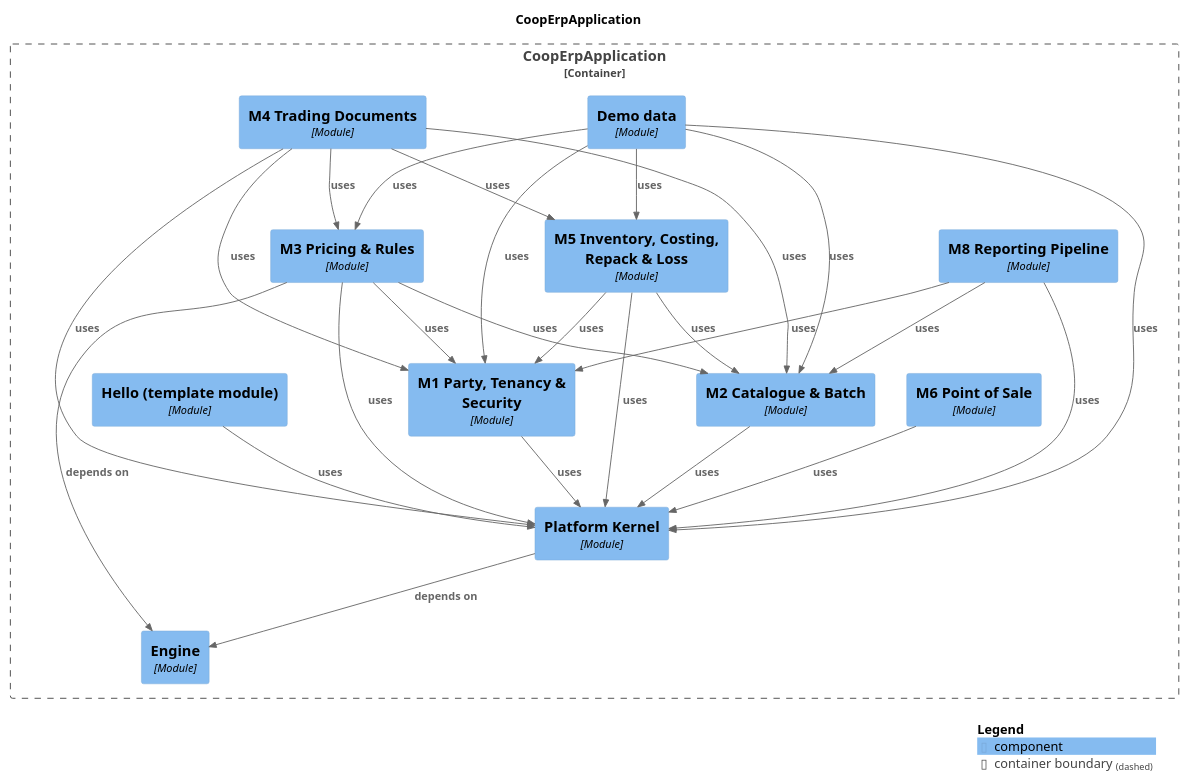
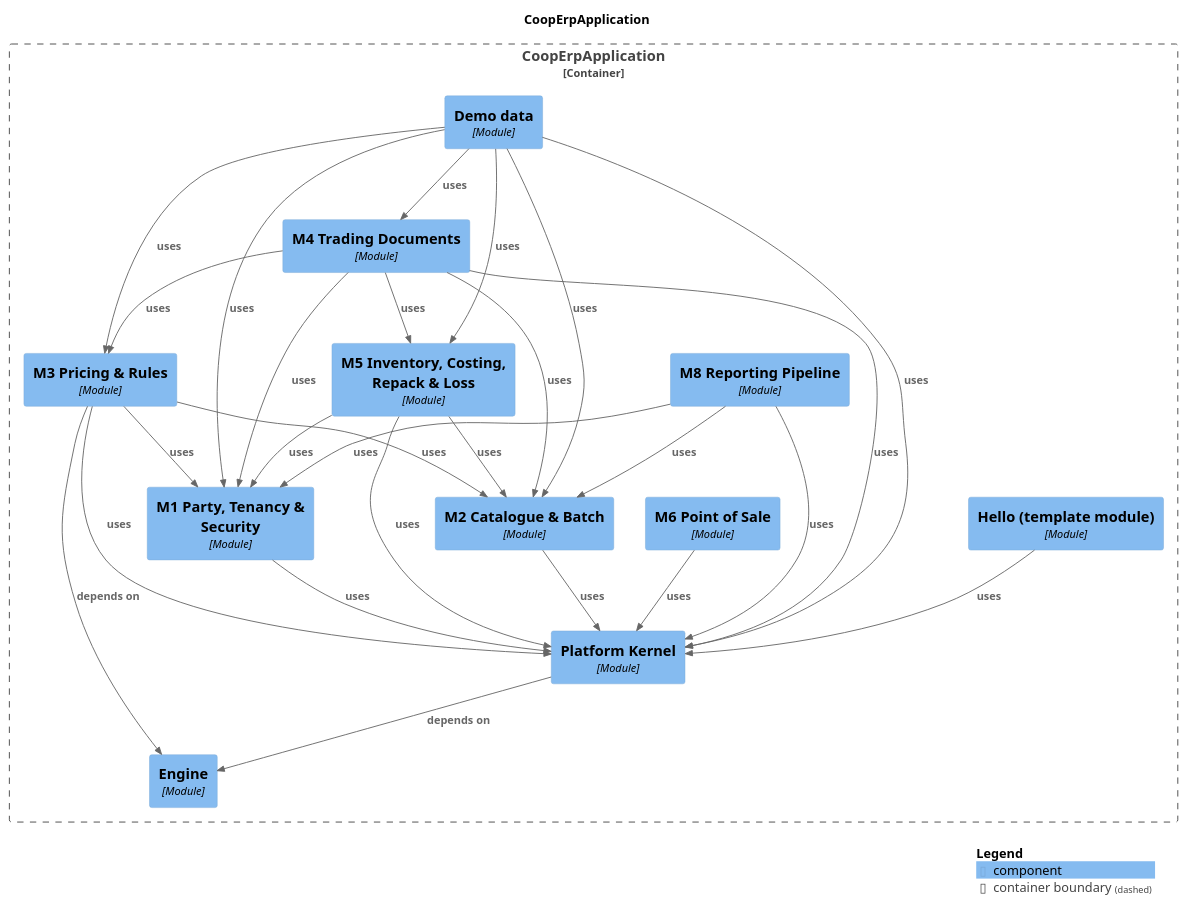
Before and after one commit to Knoweb/COOP_ERP: the diagram in docs/modules/components.puml, drawn with PlantUML. The commit also changed 10 other files, not shown here.

First line of the commit message:
fix(demo): the demo module may read M4; the demo test removes its trading history after itself

```diff
--- a/docs/modules/components.puml
+++ b/docs/modules/components.puml
@@ -1,52 +1,53 @@
 @startuml
 set separator none
 title CoopErpApplication
 
 top to bottom direction
 
 !include <C4/C4>
 !include <C4/C4_Context>
 !include <C4/C4_Component>
 
 Container_Boundary("CoopErpApplication.CoopErpApplication_boundary", "CoopErpApplication", $tags="") {
   Component(CoopErpApplication.CoopErpApplication.M3PricingRules, "M3 Pricing & Rules", $techn="Module", $descr="", $tags="", $link="")
   Component(CoopErpApplication.CoopErpApplication.M5InventoryCostingRepackLoss, "M5 Inventory, Costing, Repack & Loss", $techn="Module", $descr="", $tags="", $link="")
   Component(CoopErpApplication.CoopErpApplication.M8ReportingPipeline, "M8 Reporting Pipeline", $techn="Module", $descr="", $tags="", $link="")
+  Component(CoopErpApplication.CoopErpApplication.M4TradingDocuments, "M4 Trading Documents", $techn="Module", $descr="", $tags="", $link="")
   Component(CoopErpApplication.CoopErpApplication.Demodata, "Demo data", $techn="Module", $descr="", $tags="", $link="")
-  Component(CoopErpApplication.CoopErpApplication.M4TradingDocuments, "M4 Trading Documents", $techn="Module", $descr="", $tags="", $link="")
   Component(CoopErpApplication.CoopErpApplication.Engine, "Engine", $techn="Module", $descr="", $tags="", $link="")
   Component(CoopErpApplication.CoopErpApplication.PlatformKernel, "Platform Kernel", $techn="Module", $descr="", $tags="", $link="")
   Component(CoopErpApplication.CoopErpApplication.Hellotemplatemodule, "Hello (template module)", $techn="Module", $descr="", $tags="", $link="")
   Component(CoopErpApplication.CoopErpApplication.M1PartyTenancySecurity, "M1 Party, Tenancy & Security", $techn="Module", $descr="", $tags="", $link="")
   Component(CoopErpApplication.CoopErpApplication.M2CatalogueBatch, "M2 Catalogue & Batch", $techn="Module", $descr="", $tags="", $link="")
   Component(CoopErpApplication.CoopErpApplication.M6PointofSale, "M6 Point of Sale", $techn="Module", $descr="", $tags="", $link="")
 }
 
+Rel(CoopErpApplication.CoopErpApplication.M2CatalogueBatch, CoopErpApplication.CoopErpApplication.PlatformKernel, "uses", $techn="", $tags="", $link="")
+Rel(CoopErpApplication.CoopErpApplication.M5InventoryCostingRepackLoss, CoopErpApplication.CoopErpApplication.PlatformKernel, "uses", $techn="", $tags="", $link="")
+Rel(CoopErpApplication.CoopErpApplication.M5InventoryCostingRepackLoss, CoopErpApplication.CoopErpApplication.M2CatalogueBatch, "uses", $techn="", $tags="", $link="")
+Rel(CoopErpApplication.CoopErpApplication.M5InventoryCostingRepackLoss, CoopErpApplication.CoopErpApplication.M1PartyTenancySecurity, "uses", $techn="", $tags="", $link="")
+Rel(CoopErpApplication.CoopErpApplication.Demodata, CoopErpApplication.CoopErpApplication.PlatformKernel, "uses", $techn="", $tags="", $link="")
 Rel(CoopErpApplication.CoopErpApplication.Demodata, CoopErpApplication.CoopErpApplication.M1PartyTenancySecurity, "uses", $techn="", $tags="", $link="")
 Rel(CoopErpApplication.CoopErpApplication.Demodata, CoopErpApplication.CoopErpApplication.M2CatalogueBatch, "uses", $techn="", $tags="", $link="")
 Rel(CoopErpApplication.CoopErpApplication.Demodata, CoopErpApplication.CoopErpApplication.M3PricingRules, "uses", $techn="", $tags="", $link="")
 Rel(CoopErpApplication.CoopErpApplication.Demodata, CoopErpApplication.CoopErpApplication.M5InventoryCostingRepackLoss, "uses", $techn="", $tags="", $link="")
-Rel(CoopErpApplication.CoopErpApplication.Demodata, CoopErpApplication.CoopErpApplication.PlatformKernel, "uses", $techn="", $tags="", $link="")
+Rel(CoopErpApplication.CoopErpApplication.Demodata, CoopErpApplication.CoopErpApplication.M4TradingDocuments, "uses", $techn="", $tags="", $link="")
 Rel(CoopErpApplication.CoopErpApplication.Hellotemplatemodule, CoopErpApplication.CoopErpApplication.PlatformKernel, "uses", $techn="", $tags="", $link="")
-Rel(CoopErpApplication.CoopErpApplication.M1PartyTenancySecurity, CoopErpApplication.CoopErpApplication.PlatformKernel, "uses", $techn="", $tags="", $link="")
-Rel(CoopErpApplication.CoopErpApplication.M2CatalogueBatch, CoopErpApplication.CoopErpApplication.PlatformKernel, "uses", $techn="", $tags="", $link="")
-Rel(CoopErpApplication.CoopErpApplication.M3PricingRules, CoopErpApplication.CoopErpApplication.Engine, "depends on", $techn="", $tags="", $link="")
-Rel(CoopErpApplication.CoopErpApplication.M3PricingRules, CoopErpApplication.CoopErpApplication.M1PartyTenancySecurity, "uses", $techn="", $tags="", $link="")
-Rel(CoopErpApplication.CoopErpApplication.M3PricingRules, CoopErpApplication.CoopErpApplication.M2CatalogueBatch, "uses", $techn="", $tags="", $link="")
-Rel(CoopErpApplication.CoopErpApplication.M3PricingRules, CoopErpApplication.CoopErpApplication.PlatformKernel, "uses", $techn="", $tags="", $link="")
+Rel(CoopErpApplication.CoopErpApplication.M6PointofSale, CoopErpApplication.CoopErpApplication.PlatformKernel, "uses", $techn="", $tags="", $link="")
+Rel(CoopErpApplication.CoopErpApplication.M4TradingDocuments, CoopErpApplication.CoopErpApplication.PlatformKernel, "uses", $techn="", $tags="", $link="")
 Rel(CoopErpApplication.CoopErpApplication.M4TradingDocuments, CoopErpApplication.CoopErpApplication.M1PartyTenancySecurity, "uses", $techn="", $tags="", $link="")
 Rel(CoopErpApplication.CoopErpApplication.M4TradingDocuments, CoopErpApplication.CoopErpApplication.M2CatalogueBatch, "uses", $techn="", $tags="", $link="")
 Rel(CoopErpApplication.CoopErpApplication.M4TradingDocuments, CoopErpApplication.CoopErpApplication.M3PricingRules, "uses", $techn="", $tags="", $link="")
 Rel(CoopErpApplication.CoopErpApplication.M4TradingDocuments, CoopErpApplication.CoopErpApplication.M5InventoryCostingRepackLoss, "uses", $techn="", $tags="", $link="")
-Rel(CoopErpApplication.CoopErpApplication.M4TradingDocuments, CoopErpApplication.CoopErpApplication.PlatformKernel, "uses", $techn="", $tags="", $link="")
-Rel(CoopErpApplication.CoopErpApplication.M5InventoryCostingRepackLoss, CoopErpApplication.CoopErpApplication.M1PartyTenancySecurity, "uses", $techn="", $tags="", $link="")
-Rel(CoopErpApplication.CoopErpApplication.M5InventoryCostingRepackLoss, CoopErpApplication.CoopErpApplication.M2CatalogueBatch, "uses", $techn="", $tags="", $link="")
-Rel(CoopErpApplication.CoopErpApplication.M5InventoryCostingRepackLoss, CoopErpApplication.CoopErpApplication.PlatformKernel, "uses", $techn="", $tags="", $link="")
-Rel(CoopErpApplication.CoopErpApplication.M6PointofSale, CoopErpApplication.CoopErpApplication.PlatformKernel, "uses", $techn="", $tags="", $link="")
+Rel(CoopErpApplication.CoopErpApplication.M1PartyTenancySecurity, CoopErpApplication.CoopErpApplication.PlatformKernel, "uses", $techn="", $tags="", $link="")
+Rel(CoopErpApplication.CoopErpApplication.PlatformKernel, CoopErpApplication.CoopErpApplication.Engine, "depends on", $techn="", $tags="", $link="")
+Rel(CoopErpApplication.CoopErpApplication.M3PricingRules, CoopErpApplication.CoopErpApplication.Engine, "depends on", $techn="", $tags="", $link="")
+Rel(CoopErpApplication.CoopErpApplication.M3PricingRules, CoopErpApplication.CoopErpApplication.M2CatalogueBatch, "uses", $techn="", $tags="", $link="")
+Rel(CoopErpApplication.CoopErpApplication.M3PricingRules, CoopErpApplication.CoopErpApplication.PlatformKernel, "uses", $techn="", $tags="", $link="")
+Rel(CoopErpApplication.CoopErpApplication.M3PricingRules, CoopErpApplication.CoopErpApplication.M1PartyTenancySecurity, "uses", $techn="", $tags="", $link="")
+Rel(CoopErpApplication.CoopErpApplication.M8ReportingPipeline, CoopErpApplication.CoopErpApplication.PlatformKernel, "uses", $techn="", $tags="", $link="")
 Rel(CoopErpApplication.CoopErpApplication.M8ReportingPipeline, CoopErpApplication.CoopErpApplication.M1PartyTenancySecurity, "uses", $techn="", $tags="", $link="")
 Rel(CoopErpApplication.CoopErpApplication.M8ReportingPipeline, CoopErpApplication.CoopErpApplication.M2CatalogueBatch, "uses", $techn="", $tags="", $link="")
-Rel(CoopErpApplication.CoopErpApplication.M8ReportingPipeline, CoopErpApplication.CoopErpApplication.PlatformKernel, "uses", $techn="", $tags="", $link="")
-Rel(CoopErpApplication.CoopErpApplication.PlatformKernel, CoopErpApplication.CoopErpApplication.Engine, "depends on", $techn="", $tags="", $link="")
 
 SHOW_LEGEND(true)
 @enduml
```
